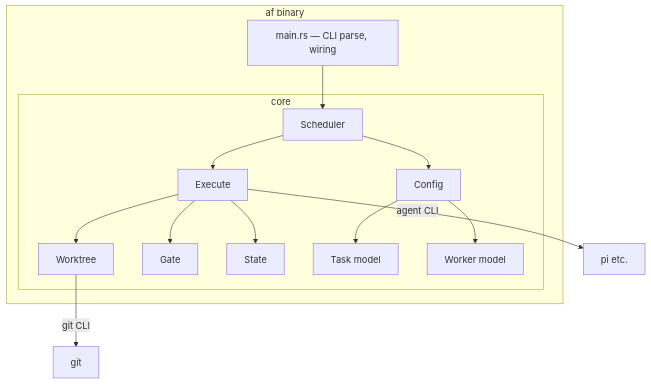
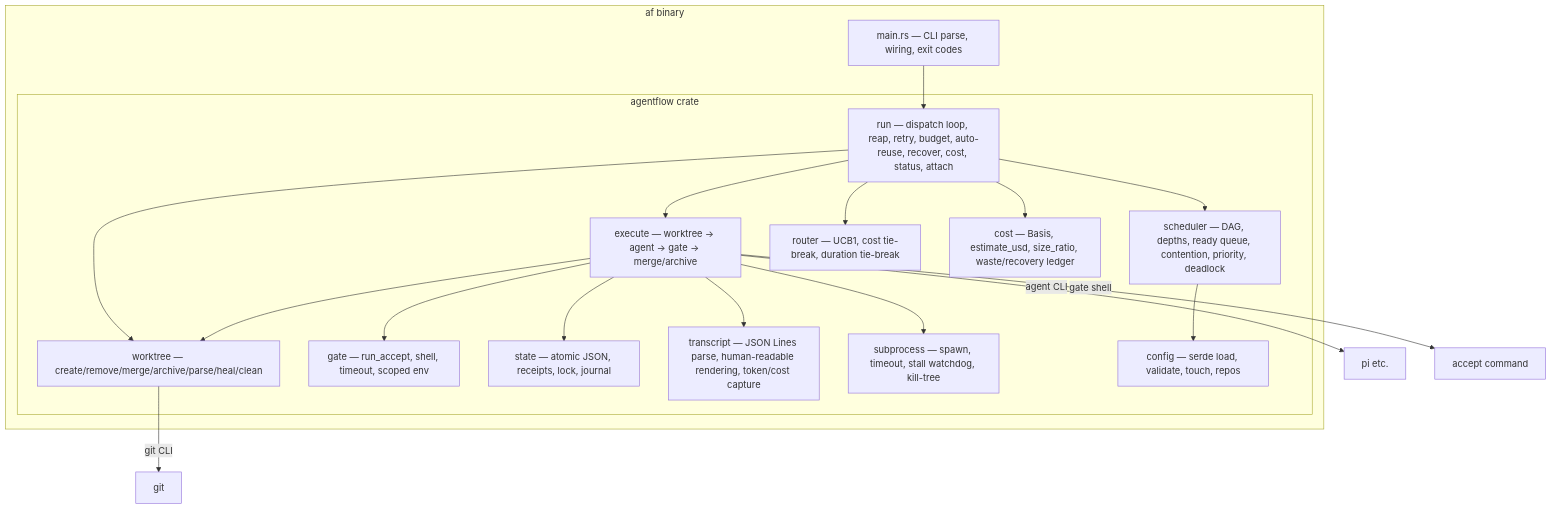
The diagram in docs/arc42/05-building-block-view.md (tobias-weiss-ai-xr/agentflow), drawn with Mermaid before and after one commit. The commit also changed other lines of this file and 11 other files, not shown here.

````diff
--- a/docs/arc42/05-building-block-view.md
+++ b/docs/arc42/05-building-block-view.md
@@ -5,25 +5,34 @@
 ```mermaid
 flowchart TB
   subgraph af[af binary]
-    M[main.rs — CLI parse, wiring]
-    subgraph core[core]
-      SCH[Scheduler]
-      EX[Execute]
-      WT[Worktree]
-      G[Gate]
-      ST[State]
-      CFG[Config]
-      T[Task model]
-      W[Worker model]
+    M[main.rs — CLI parse, wiring, exit codes]
+    subgraph lib[agentflow crate]
+      RUN[run — dispatch loop, reap, retry, budget, auto-reuse, recover, cost, status, attach]
+      EX[execute — worktree → agent → gate → merge/archive]
+      WT[worktree — create/remove/merge/archive/parse/heal/clean]
+      G[gate — run_accept, shell, timeout, scoped env]
+      ST[state — atomic JSON, receipts, lock, journal]
+      SCH[scheduler — DAG, depths, ready queue, contention, priority, deadlock]
+      RT[router — UCB1, cost tie-break, duration tie-break]
+      COST[cost — Basis, estimate_usd, size_ratio, waste/recovery ledger]
+      TX[transcript — JSON Lines parse, human-readable rendering, token/cost capture]
+      SUB[subprocess — spawn, timeout, stall watchdog, kill-tree]
+      CFG[config — serde load, validate, touch, repos]
     end
   end
-  M --> SCH --> EX
+  M --> RUN
+  RUN --> SCH
+  RUN --> EX
+  RUN --> RT
+  RUN --> COST
+  RUN --> WT
   EX --> WT
   EX --> G
   EX --> ST
+  EX --> TX
+  EX --> SUB
   SCH --> CFG
-  CFG --> T
-  CFG --> W
   WT -->|git CLI| GIT[git]
   EX -->|agent CLI| AGENT[pi etc.]
+  EX -->|gate shell| GATE[accept command]
 ```
````
